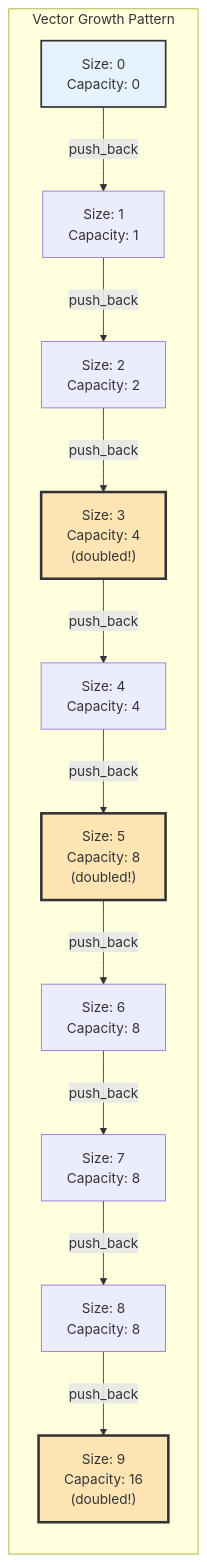
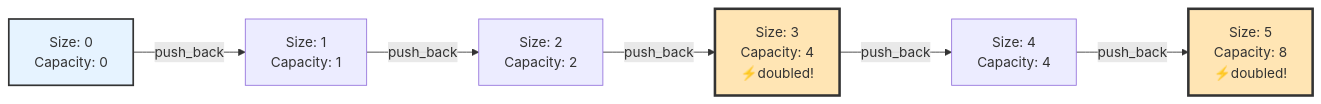
One commit to sb2k16/data-structures-book changed the diagram in chapters/03-basic-data-structures.md. Above: the diagram before and after it, drawn with Mermaid. The commit also changed other lines of this file, not shown here.

````diff
--- a/chapters/03-basic-data-structures.md
+++ b/chapters/03-basic-data-structures.md
@@ -231,19 +198,12 @@
 ```mermaid
 graph LR
-    subgraph Growth["Vector Growth Pattern"]
-        V1["Size: 0<br/>Capacity: 0"] -->|push_back| V2["Size: 1<br/>Capacity: 1"]
-        V2 -->|push_back| V3["Size: 2<br/>Capacity: 2"]
-        V3 -->|push_back| V4["Size: 3<br/>Capacity: 4<br/>(doubled!)"]
-        V4 -->|push_back| V5["Size: 4<br/>Capacity: 4"]
-        V5 -->|push_back| V6["Size: 5<br/>Capacity: 8<br/>(doubled!)"]
-        V6 -->|push_back| V7["Size: 6<br/>Capacity: 8"]
-        V7 -->|push_back| V8["Size: 7<br/>Capacity: 8"]
-        V8 -->|push_back| V9["Size: 8<br/>Capacity: 8"]
-        V9 -->|push_back| V10["Size: 9<br/>Capacity: 16<br/>(doubled!)"]
-    end
+    V1["Size: 0<br/>Capacity: 0"] -->|push_back| V2["Size: 1<br/>Capacity: 1"]
+    V2 -->|push_back| V3["Size: 2<br/>Capacity: 2"]
+    V3 -->|push_back| V4["Size: 3<br/>Capacity: 4<br/>⚡doubled!"]
+    V4 -->|push_back| V5["Size: 4<br/>Capacity: 4"]
+    V5 -->|push_back| V6["Size: 5<br/>Capacity: 8<br/>⚡doubled!"]
     
     style V1 fill:#E6F3FF,stroke:#333,stroke-width:2px
     style V4 fill:#FFE5B4,stroke:#333,stroke-width:3px
     style V6 fill:#FFE5B4,stroke:#333,stroke-width:3px
-    style V10 fill:#FFE5B4,stroke:#333,stroke-width:3px
 ```
````
